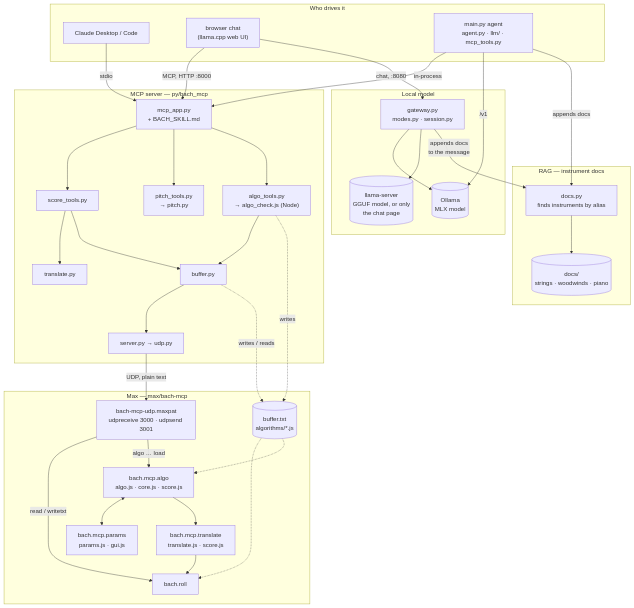
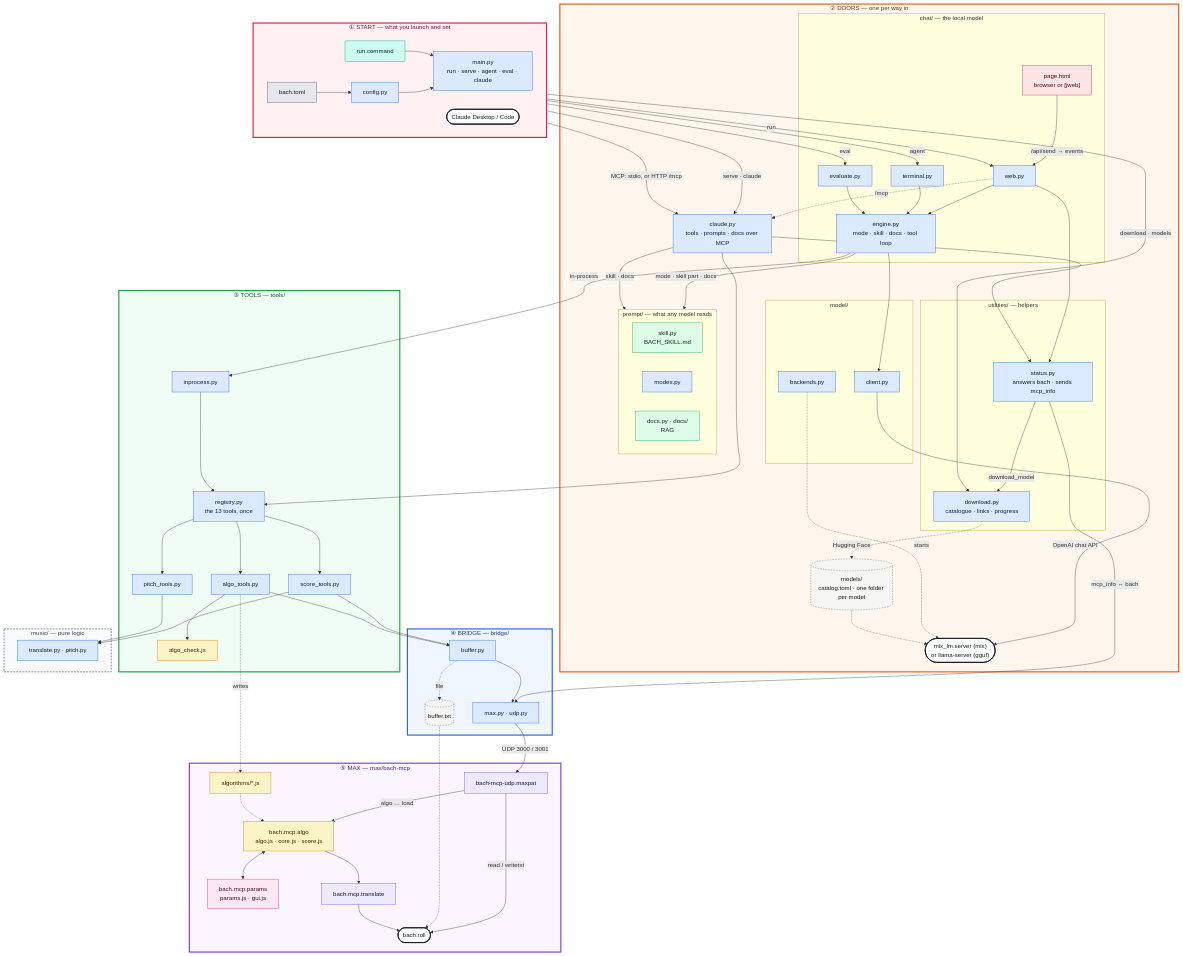
Before and after one commit to agustinissidoro/bach-mcp: the second of 3 diagrams in filemap.md, drawn with Mermaid. The commit also changed other lines of this file and 189 other files, not shown here.

````diff
--- a/filemap.md
+++ b/filemap.md
@@ -14,65 +56,125 @@
 ```mermaid
 flowchart TB
-  subgraph hosts["Who drives it"]
-    claude["Claude Desktop / Code"]
-    chat["browser chat<br/>(llama.cpp web UI)"]
-    term["main.py agent<br/>agent.py · llm/ · mcp_tools.py"]
+  subgraph L1["① START — what you launch and set"]
+    direction LR
+    runc["run.command"]:::sh
+    claude(["Claude Desktop / Code"]):::prog
+    main["main.py<br/>run · serve · agent · eval · claude"]:::py
+    toml["bach.toml"]:::cfg
+    cfg["config.py"]:::py
   end
 
-  subgraph model["Local model"]
-    gateway["gateway.py<br/>modes.py · session.py"]
-    ollama[("Ollama<br/>MLX model")]
-    llama[("llama-server<br/>GGUF model, or only<br/>the chat page")]
+  subgraph L2["② DOORS — one per way in"]
+    subgraph chat["chat/ — the local model"]
+      page["page.html<br/>browser or [jweb]"]:::html
+      web["web.py"]:::py
+      term["terminal.py"]:::py
+      evalpy["evaluate.py"]:::py
+      engine["engine.py<br/>mode · skill · docs · tool loop"]:::py
+    end
+    claudepy["claude.py<br/>tools · prompts · docs over MCP"]:::py
+    subgraph utilities["utilities/ — helpers"]
+      statuspy["status.py<br/>answers bach · sends mcp_info"]:::py
+      download["download.py<br/>catalogue · links · progress"]:::py
+    end
+    subgraph model["model/"]
+      client["client.py"]:::py
+      backends["backends.py"]:::py
+    end
+    models[("models/<br/>catalog.toml · one folder per model")]:::data
+    servers(["mlx_lm.server (mlx)<br/>or llama-server (gguf)"]):::prog
+    subgraph prompt["prompt/ — what any model reads"]
+      skill["skill.py<br/>BACH_SKILL.md"]:::md
+      modes["modes.py"]:::py
+      docs["docs.py · docs/<br/>RAG"]:::md
+    end
   end
 
-  subgraph ragbox["RAG — instrument docs"]
-    rag["docs.py<br/>finds instruments by alias"]
-    docs[("docs/<br/>strings · woodwinds · piano")]
+  subgraph L3["③ TOOLS — tools/"]
+    registry["registry.py<br/>the 13 tools, once"]:::py
+    inproc["inprocess.py"]:::py
+    score["score_tools.py"]:::py
+    pitchT["pitch_tools.py"]:::py
+    algoT["algo_tools.py"]:::py
+    check["algo_check.js"]:::js
   end
 
-  subgraph server["MCP server — py/bach_mcp"]
-    app["mcp_app.py<br/>+ BACH_SKILL.md"]
-    score["score_tools.py"]
-    pitch["pitch_tools.py<br/>→ pitch.py"]
-    algo["algo_tools.py<br/>→ algo_check.js (Node)"]
-    tr["translate.py"]
-    buf["buffer.py"]
-    srv["server.py → udp.py"]
+  subgraph L4["④ BRIDGE — bridge/"]
+    bridge["max.py · udp.py"]:::py
+    buf["buffer.py"]:::py
+    buftxt[("buffer.txt")]:::data
   end
 
-  subgraph max["Max — max/bach-mcp"]
-    patch["bach-mcp-udp.maxpat<br/>udpreceive 3000 · udpsend 3001"]
-    files[("buffer.txt<br/>algorithms/*.js")]
-    runner["bach.mcp.algo<br/>algo.js · core.js · score.js"]
-    panel["bach.mcp.params<br/>params.js · gui.js"]
-    trans["bach.mcp.translate<br/>translate.js · score.js"]
-    roll["bach.roll"]
+  subgraph base["music/ — pure logic"]
+    music["translate.py · pitch.py"]:::py
   end
 
-  claude -- "stdio" --> app
-  chat -- "MCP, HTTP :8000" --> app
-  chat -- "chat, :8080" --> gateway
-  gateway --> ollama
-  gateway --> llama
-  term -- "in-process" --> app
-  term -- "/v1" --> ollama
-  gateway -- "appends docs<br/>to the message" --> rag
-  term -- "appends docs" --> rag
-  rag --> docs
+  subgraph L5["⑤ MAX — max/bach-mcp"]
+    patch["bach-mcp-udp.maxpat"]:::maxp
+    runner["bach.mcp.algo<br/>algo.js · core.js · score.js"]:::js
+    panel["bach.mcp.params<br/>params.js · gui.js"]:::jsui
+    trans["bach.mcp.translate"]:::maxp
+    algs["algorithms/*.js"]:::js
+    roll(["bach.roll"]):::prog
+  end
 
-  app --> score & pitch & algo
-  score --> tr
+  L1 ~~~ L2 ~~~ L3 ~~~ L4 ~~~ L5
+  runc --> main
+  toml --> cfg --> main
+  main -- "run" --> web
+  main -- "agent" --> term
+  main -- "eval" --> evalpy
+  main -- "serve · claude" --> claudepy
+  claude -- "MCP: stdio, or HTTP /mcp" --> claudepy
+  page -- "/api/send → events" --> web
+  web --> engine
+  term --> engine
+  evalpy --> engine
+  web -. "/mcp" .-> claudepy
+  engine --> client -- "OpenAI chat API" --> servers
+  backends -. "starts" .-> servers
+  main -- "download · models" --> download
+  download -. "Hugging Face" .-> models
+  models -.-> servers
+  web --> statuspy
+  claudepy --> statuspy
+  statuspy -- "download_model" --> download
+  statuspy -- "mcp_info ↔ bach" --> bridge
+  engine -- "mode · skill part · docs" --> prompt
+  claudepy -- "skill · docs" --> prompt
+  engine -- "in-process" --> inproc --> registry
+  claudepy --> registry
+  registry --> score & pitchT & algoT
+  algoT --> check
   score --> buf
-  algo --> buf
-  buf --> srv
-  srv -- "UDP, plain text" --> patch
-  buf -. "writes / reads" .-> files
-  algo -. "writes" .-> files
-
+  algoT --> buf
+  buf --> bridge
+  buf -. "file" .-> buftxt
+  score --> music
+  pitchT --> music
+  bridge -- "UDP 3000 / 3001" --> patch
   patch -- "read / writetxt" --> roll
+  buftxt -.-> roll
   patch -- "algo … load" --> runner
-  files -.-> roll
-  files -.-> runner
+  algoT -. "writes" .-> algs
+  algs -.-> runner
   runner <--> panel
   runner --> trans --> roll
+
+  classDef py fill:#dbeafe,stroke:#2563eb,color:#0b1f44
+  classDef js fill:#fef3c7,stroke:#d97706,color:#3b2300
+  classDef jsui fill:#fce7f3,stroke:#db2777,color:#4a0a2a
+  classDef html fill:#ffe4e6,stroke:#e11d48,color:#4c0519
+  classDef maxp fill:#ede9fe,stroke:#7c3aed,color:#1e0b4b
+  classDef md fill:#dcfce7,stroke:#16a34a,color:#052e16
+  classDef cfg fill:#e5e7eb,stroke:#4b5563,color:#111827
+  classDef sh fill:#ccfbf1,stroke:#0d9488,color:#042f2e
+  classDef data fill:#f5f5f4,stroke:#78716c,stroke-dasharray:4 3,color:#1c1917
+  classDef prog fill:#ffffff,stroke:#111827,stroke-width:2px,color:#111827
+  style L1 fill:#fff1f2,stroke:#e11d48,stroke-width:3px,color:#881337
+  style L2 fill:#fff7ed,stroke:#ea580c,stroke-width:3px,color:#7c2d12
+  style L3 fill:#f0fdf4,stroke:#16a34a,stroke-width:3px,color:#14532d
+  style L4 fill:#eff6ff,stroke:#2563eb,stroke-width:3px,color:#1e3a8a
+  style L5 fill:#faf5ff,stroke:#7c3aed,stroke-width:3px,color:#4c1d95
+  style base fill:#f8fafc,stroke:#64748b,stroke-width:2px,stroke-dasharray:5 3,color:#334155
 ```
````
